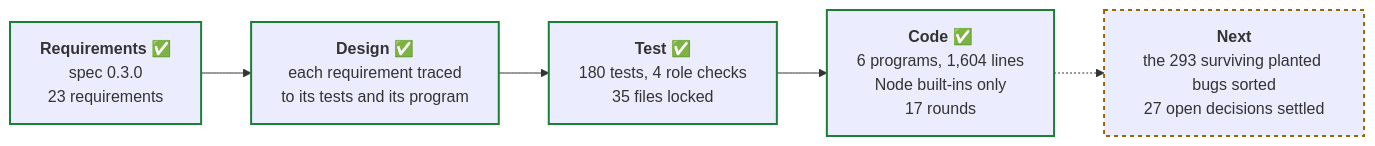
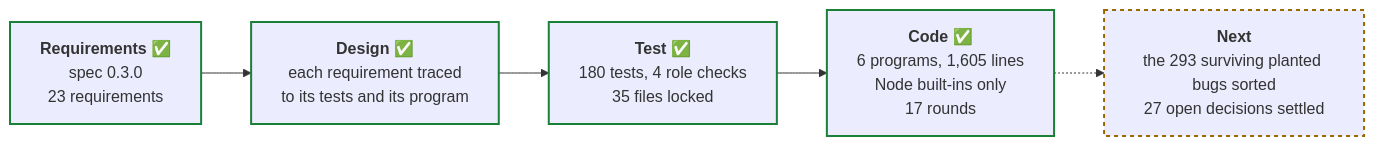
One commit to PaulDuvall/adlc-security-reviewer changed the third of 4 diagrams in README.md. Above: the diagram before and after it, drawn with Mermaid. The commit also changed other lines of this file and 2 other files, not shown here.

First line of the commit message:
Code stage round 17: a request Node cannot read as text is unreadable

````diff
--- a/README.md
+++ b/README.md
@@ -273,13 +273,13 @@
 ```mermaid
 flowchart LR
   req["<b>Requirements</b> ✅<br/>spec 0.3.0<br/>23 requirements"]
   des["<b>Design</b> ✅<br/>each requirement traced<br/>to its tests and its program"]
   tst["<b>Test</b> ✅<br/>180 tests, 4 role checks<br/>35 files locked"]
-  cod["<b>Code</b> ✅<br/>6 programs, 1,604 lines<br/>Node built-ins only<br/>17 rounds"]
+  cod["<b>Code</b> ✅<br/>6 programs, 1,605 lines<br/>Node built-ins only<br/>17 rounds"]
   nxt["<b>Next</b><br/>the 293 surviving planted bugs sorted<br/>27 open decisions settled"]
   req --> des --> tst --> cod -.-> nxt
   classDef done stroke:#1a7f37,stroke-width:2px
   classDef next stroke:#9a6700,stroke-width:2px,stroke-dasharray:4
   class req,des,tst,cod done
   class nxt next
 ```
````
